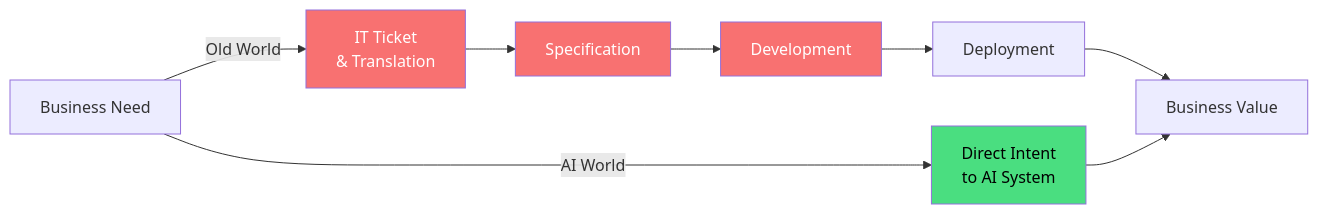
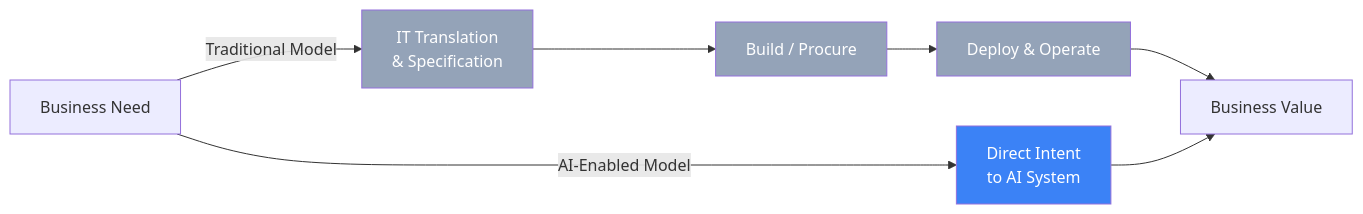
The first of 4 diagrams in src/content/en/blog/it-org-ai-transformation.md (fps4/web-faridgurbanov), drawn with Mermaid before and after one commit. The commit also changed other lines of this file and 13 other files, not shown here.

````diff
--- a/src/content/en/blog/it-org-ai-transformation.md
+++ b/src/content/en/blog/it-org-ai-transformation.md
@@ -17,16 +20,15 @@
 ```mermaid
 flowchart LR
-    A["Business Need"] -->|"Old World"| B["IT Ticket\n& Translation"]
-    B --> C["Specification"]
-    C --> D["Development"]
-    D --> E["Deployment"]
-    E --> F["Business Value"]
+    A["Business Need"] -->|"Traditional Model"| B["IT Translation\n& Specification"]
+    B --> C["Build / Procure"]
+    C --> D["Deploy & Operate"]
+    D --> E["Business Value"]
 
-    A -->|"AI World"| G["Direct Intent\nto AI System"]
-    G --> F
+    A -->|"AI-Enabled Model"| F["Direct Intent\nto AI System"]
+    F --> E
 
-    style B fill:#f87171,color:#fff
-    style C fill:#f87171,color:#fff
-    style D fill:#f87171,color:#fff
-    style G fill:#4ade80,color:#000
+    style B fill:#94a3b8,color:#fff
+    style C fill:#94a3b8,color:#fff
+    style D fill:#94a3b8,color:#fff
+    style F fill:#3b82f6,color:#fff
 ```
````
